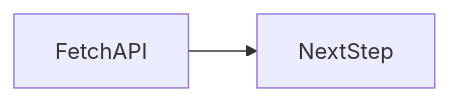
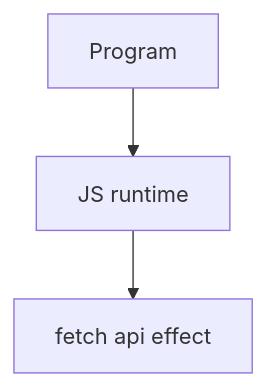
Before and after one commit to OmidJavaherii/Frontend-Engineering-Handbook: the second of 2 diagrams in docs/en/06-javascript/fetch-api/index.md, drawn with Mermaid. The commit also changed other lines of this file and 461 other files, not shown here.

````diff
--- a/docs/en/06-javascript/fetch-api/index.md
+++ b/docs/en/06-javascript/fetch-api/index.md
@@ -97,4 +113,5 @@
 ```mermaid
-flowchart LR
-  concept[FetchAPI] --> nextStep[NextStep]
+flowchart TD
+  Code[Program] --> Runtime[JS runtime]
+  Runtime --> Effect[fetch api effect]
 ```
````
